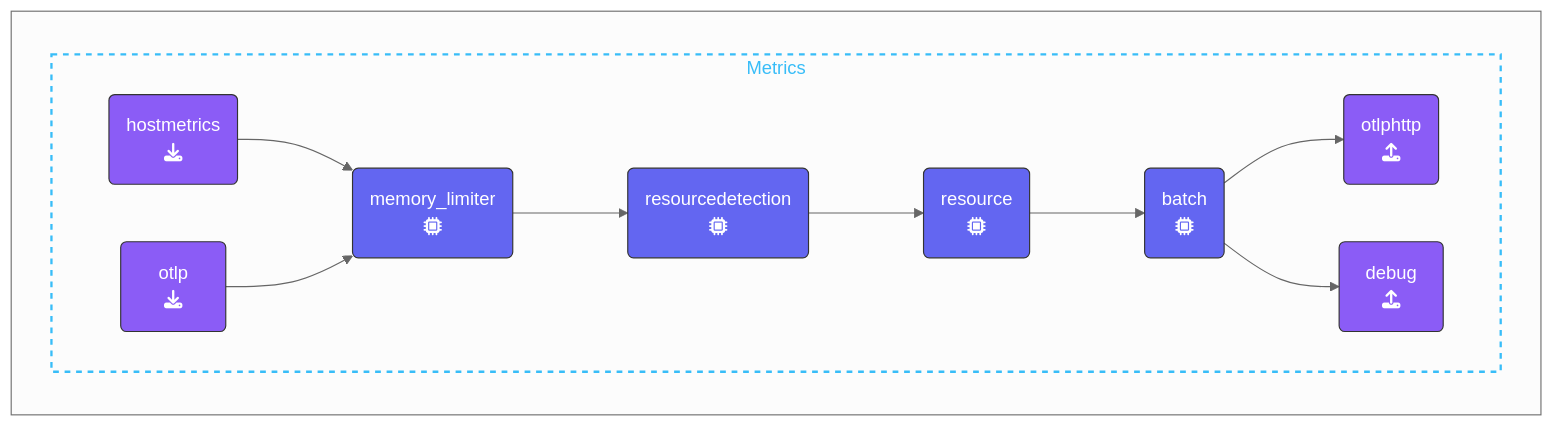
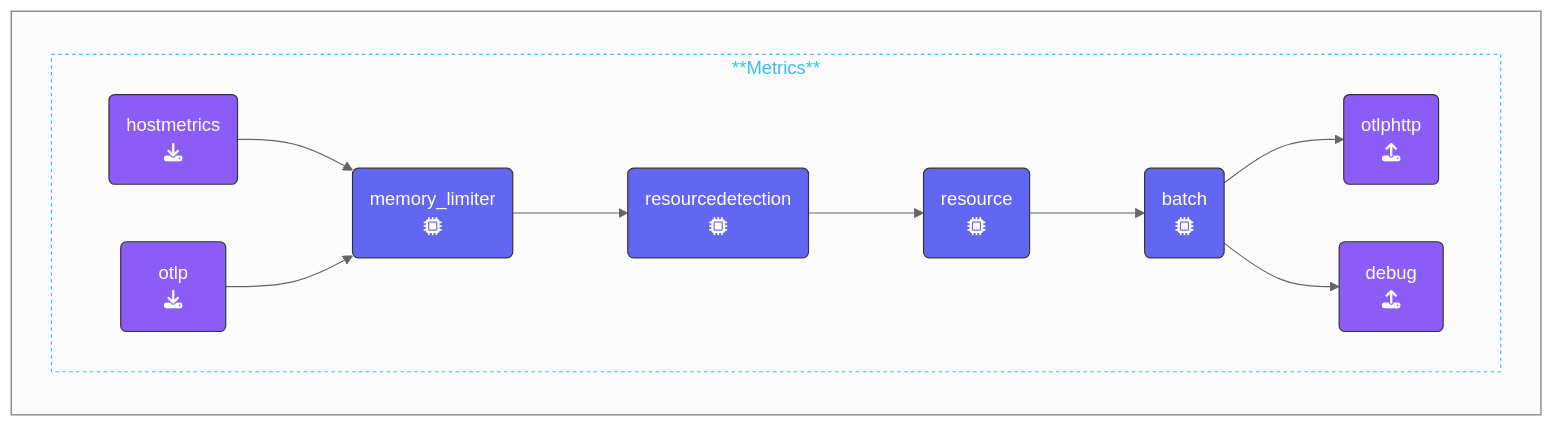
Before and after one commit to splunk/observability-workshop: the diagram in content/en/ninja-workshops/10-advanced-otel/2-gateway/1-test-gateway.md, drawn with Mermaid (neutral theme). The commit also changed 8 other files, not shown here.

Commit message:
Mermaid styling

````diff
--- a/content/en/ninja-workshops/10-advanced-otel/2-gateway/1-test-gateway.md
+++ b/content/en/ninja-workshops/10-advanced-otel/2-gateway/1-test-gateway.md
@@ -70,31 +70,31 @@
 ```mermaid
 %%{init:{"fontFamily":"monospace"}}%%
 graph LR
     %% Nodes
       REC1(hostmetrics<br>fa:fa-download):::receiver
       REC2(&nbsp;&nbsp;&nbsp;&nbsp;otlp&nbsp;&nbsp;&nbsp;&nbsp;<br>fa:fa-download):::receiver
       PRO1(memory_limiter<br>fa:fa-microchip):::processor
       PRO2(resourcedetection<br>fa:fa-microchip):::processor
       PRO3(resource<br>fa:fa-microchip):::processor
       PRO4(batch<br>fa:fa-microchip):::processor
       EXP1(otlphttp<br>fa:fa-upload):::exporter
       EXP2(&ensp;debug&ensp;<br>fa:fa-upload):::exporter
     %% Links
     subID1:::sub-metrics
     subgraph " "
-      subgraph subID1[Metrics]
+      subgraph subID1[**Metrics**]
       direction LR
       REC1 --> PRO1
       REC2 --> PRO1
       PRO1 --> PRO2
       PRO2 --> PRO3
       PRO3 --> PRO4
       PRO4 --> EXP1
       PRO4 --> EXP2
       end
     end
 classDef receiver,exporter fill:#8b5cf6,stroke:#333,stroke-width:1px,color:#fff;
 classDef processor fill:#6366f1,stroke:#333,stroke-width:1px,color:#fff;
 classDef con-receive,con-export fill:#45c175,stroke:#333,stroke-width:1px,color:#fff;
-classDef sub-metrics stroke:#38bdf8,stroke-width:2px, color:#38bdf8,stroke-dasharray: 5 5;
+classDef sub-metrics stroke:#38bdf8,stroke-width:1px, color:#38bdf8,stroke-dasharray: 3 3;
 ```
````
